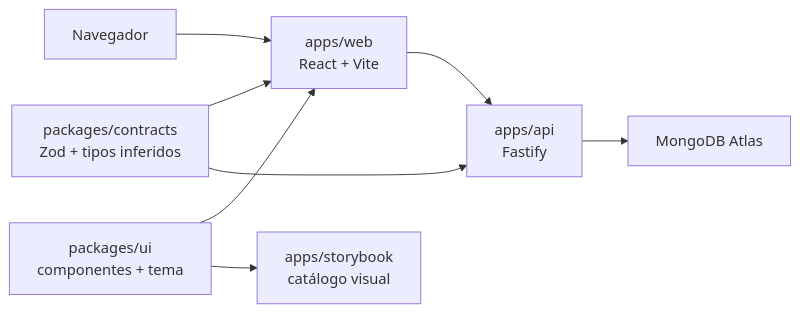
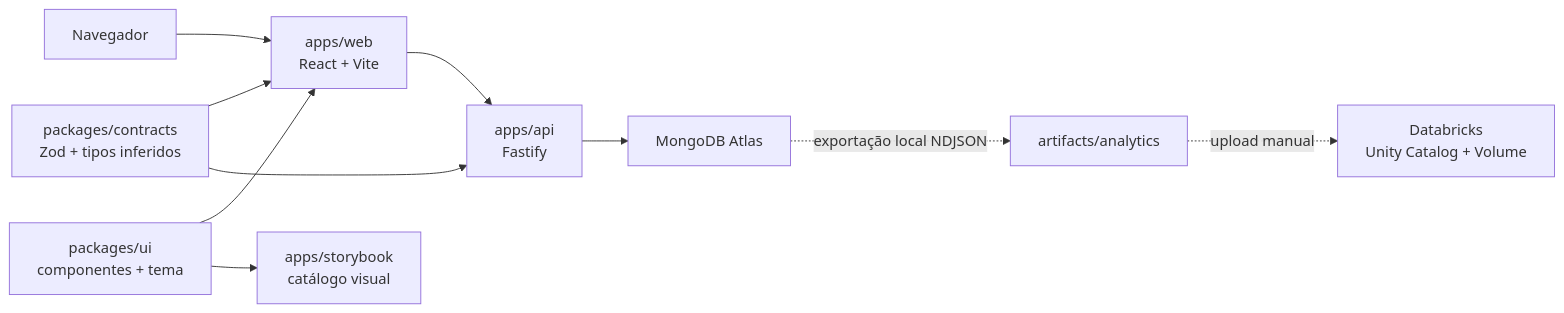
The first of 3 diagrams in context/SDD.md (Joseafs/credit-decision-hub), drawn with Mermaid before and after one commit. The commit also changed other lines of this file and 12 other files, not shown here.

First line of the commit message:
feat(analytics): criar exportação de propostas (CDH-014)

````diff
--- a/context/SDD.md
+++ b/context/SDD.md
@@ -50,10 +51,12 @@
 ```mermaid
 flowchart LR
   Browser["Navegador"] --> Web["apps/web<br/>React + Vite"]
   Web --> Api["apps/api<br/>Fastify"]
   Api --> Mongo["MongoDB Atlas"]
   Contracts["packages/contracts<br/>Zod + tipos inferidos"] --> Web
   Contracts --> Api
   Ui["packages/ui<br/>componentes + tema"] --> Web
   Ui --> Storybook["apps/storybook<br/>catálogo visual"]
+  Mongo -. "exportação local NDJSON" .-> Artifact["artifacts/analytics"]
+  Artifact -. "upload manual" .-> Databricks["Databricks<br/>Unity Catalog + Volume"]
 ```
````
